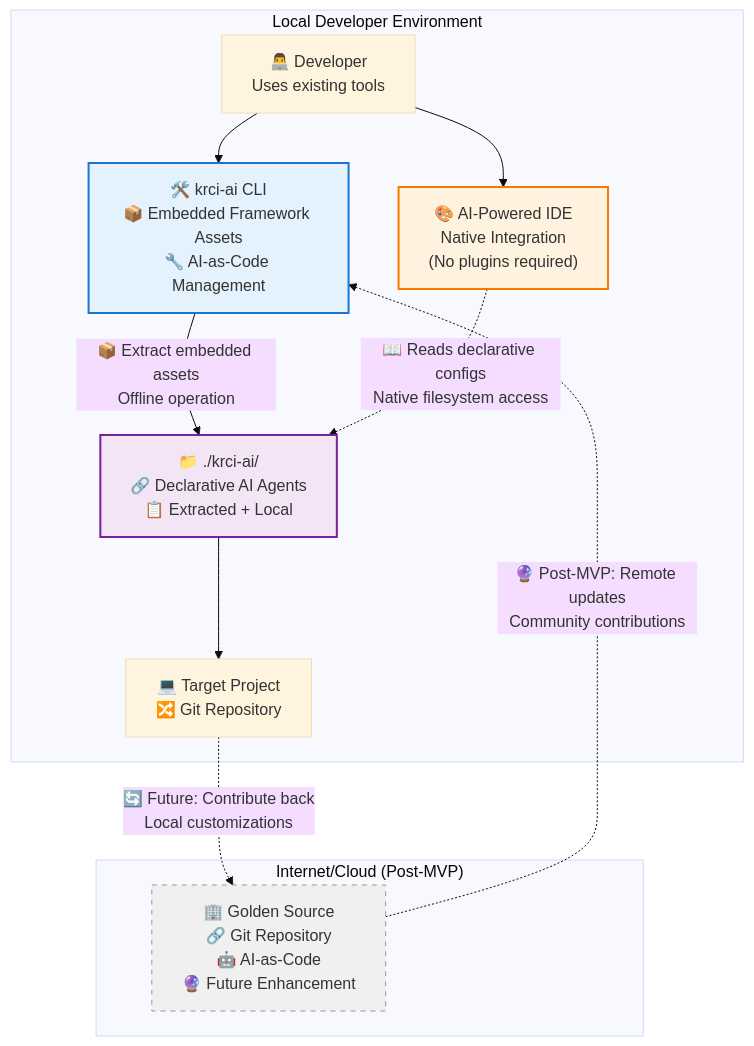
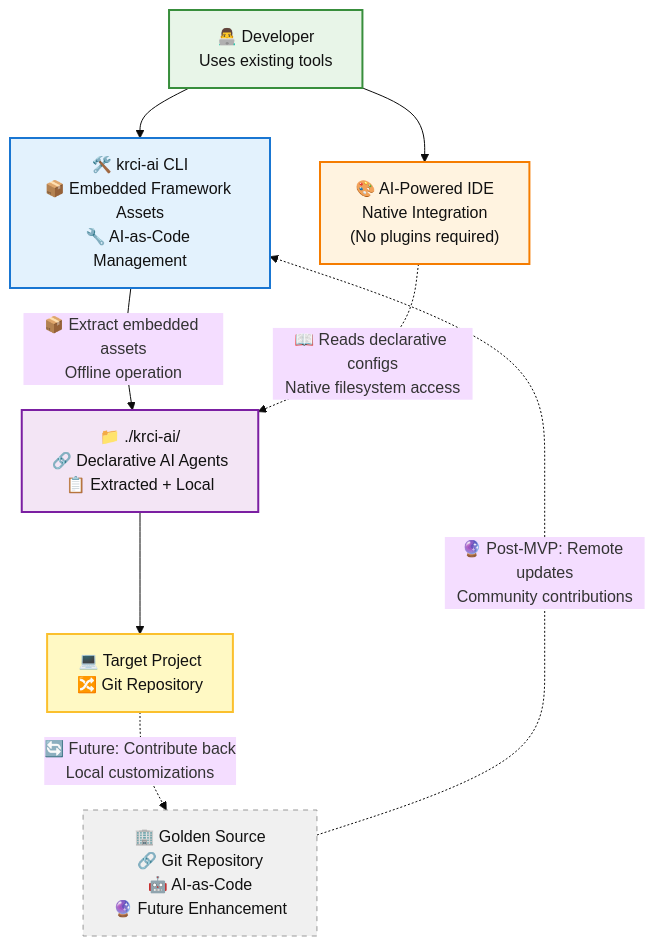
One commit to KubeRocketCI/kuberocketai changed the diagram in README.md. Above: the diagram before and after it, drawn with Mermaid (base theme). The commit also changed 6 other files, not shown here.

Commit message:
docs: Align mermaid to dark theme

````diff
--- a/README.md
+++ b/README.md
@@ -81,27 +81,24 @@
 ```mermaid
 graph TD
-    subgraph "Local Developer Environment"
-        Developer["👨‍💻 Developer<br/>Uses existing tools"]
-        CLI["🛠️ krci-ai CLI<br/>📦 Embedded Framework Assets<br/>🔧 AI-as-Code Management"]
-        IDE["🎨 AI-Powered IDE<br/>Native Integration<br/>(No plugins required)"]
-        LocalFramework["📁 ./krci-ai/<br/>🔗 Declarative AI Agents<br/>📋 Extracted + Local"]
-        TargetProject["💻 Target Project<br/>🔀 Git Repository"]
-    end
-
-    subgraph "Internet/Cloud (Post-MVP)"
-        GoldenRepo["🏢 Golden Source<br/>🔗 Git Repository<br/>🤖 AI-as-Code<br/>🔮 Future Enhancement"]
-    end
+    Developer["👨‍💻 Developer<br/>Uses existing tools"]
+    CLI["🛠️ krci-ai CLI<br/>📦 Embedded Framework Assets<br/>🔧 AI-as-Code Management"]
+    IDE["🎨 AI-Powered IDE<br/>Native Integration<br/>(No plugins required)"]
+    LocalFramework["📁 ./krci-ai/<br/>🔗 Declarative AI Agents<br/>📋 Extracted + Local"]
+    TargetProject["💻 Target Project<br/>🔀 Git Repository"]
+    GoldenRepo["🏢 Golden Source<br/>🔗 Git Repository<br/>🤖 AI-as-Code<br/>🔮 Future Enhancement"]
 
     Developer --> CLI
     Developer --> IDE
     CLI -->|"📦 Extract embedded assets<br/>Offline operation"| LocalFramework
     IDE -.->|"📖 Reads declarative configs<br/>Native filesystem access"| LocalFramework
     LocalFramework --> TargetProject
     GoldenRepo -.->|"🔮 Post-MVP: Remote updates<br/>Community contributions"| CLI
     TargetProject -.->|"🔄 Future: Contribute back<br/>Local customizations"| GoldenRepo
 
-    style CLI fill:#e3f2fd,stroke:#1976d2,stroke-width:2px
-    style IDE fill:#fff3e0,stroke:#f57c00,stroke-width:2px
-    style GoldenRepo fill:#f0f0f0,stroke:#999999,stroke-width:1px,stroke-dasharray: 5 5
-    style LocalFramework fill:#f3e5f5,stroke:#7b1fa2,stroke-width:2px
+    style CLI fill:#e3f2fd,stroke:#1976d2,stroke-width:2px,color:#111
+    style IDE fill:#fff3e0,stroke:#f57c00,stroke-width:2px,color:#111
+    style GoldenRepo fill:#f0f0f0,stroke:#999999,stroke-width:1px,stroke-dasharray: 5 5,color:#111
+    style LocalFramework fill:#f3e5f5,stroke:#7b1fa2,stroke-width:2px,color:#111
+    style Developer fill:#e8f5e8,stroke:#388e3c,stroke-width:2px,color:#111
+    style TargetProject fill:#fff9c4,stroke:#fbc02d,stroke-width:2px,color:#111
 ```
````
